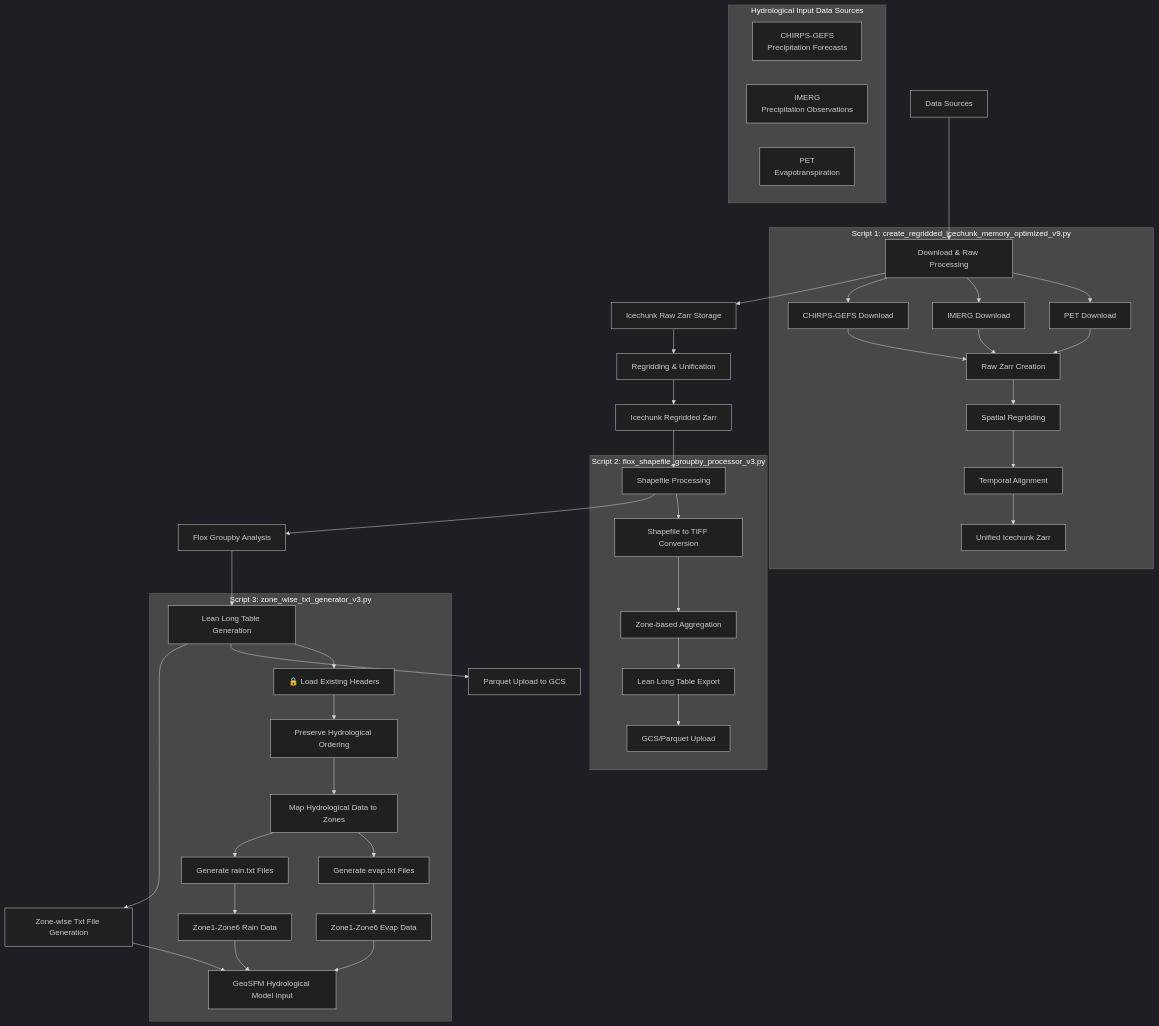
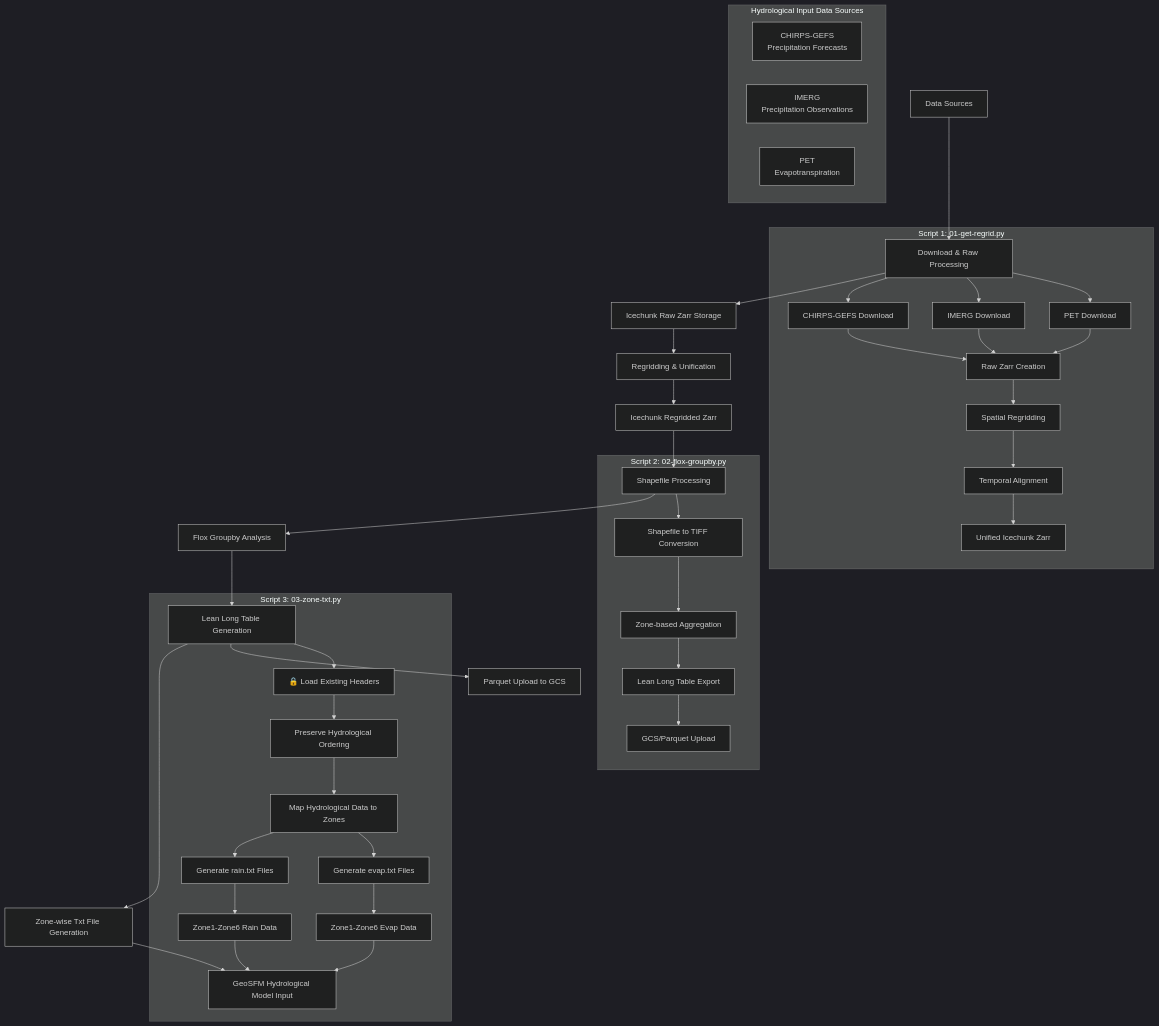
Before and after one commit to nishadhka/DevOps-hazard-modeling: the diagram in geosfm/docs/COMPLETE_GEOSFM_INPUT_WORKFLOW_DOCUMENTATION.md, drawn with Mermaid (dark theme). The commit also changed other lines of this file, not shown here.

````diff
--- a/geosfm/docs/COMPLETE_GEOSFM_INPUT_WORKFLOW_DOCUMENTATION.md
+++ b/geosfm/docs/COMPLETE_GEOSFM_INPUT_WORKFLOW_DOCUMENTATION.md
@@ -9,50 +9,50 @@
 ```mermaid
 flowchart TD
     A[Data Sources] --> B[Download & Raw Processing]
     B --> C[Icechunk Raw Zarr Storage] 
     C --> D[Regridding & Unification]
     D --> E[Icechunk Regridded Zarr]
     E --> F[Shapefile Processing]
     F --> G[Flox Groupby Analysis]
     G --> H[Lean Long Table Generation]
     H --> I[Zone-wise Txt File Generation]
     I --> J[GeoSFM Hydrological Model Input]
     H --> K[Parquet Upload to GCS]
     
     subgraph "Hydrological Input Data Sources"
         A1[CHIRPS-GEFS<br/>Precipitation Forecasts]
         A2[IMERG<br/>Precipitation Observations] 
         A3[PET<br/>Evapotranspiration]
     end
     
-    subgraph "Script 1: create_regridded_icechunk_memory_optimized_v9.py"
+    subgraph "Script 1: 01-get-regrid.py"
         B --> B1[CHIRPS-GEFS Download]
         B --> B2[IMERG Download]
         B --> B3[PET Download]
         B1 --> C1[Raw Zarr Creation]
         B2 --> C1
         B3 --> C1
         C1 --> D1[Spatial Regridding]
         D1 --> D2[Temporal Alignment]
         D2 --> E1[Unified Icechunk Zarr]
     end
     
-    subgraph "Script 2: flox_shapefile_groupby_processor_v3.py"
+    subgraph "Script 2: 02-flox-groupby.py"
         F --> F1[Shapefile to TIFF Conversion]
         F1 --> G1[Zone-based Aggregation]
         G1 --> H1[Lean Long Table Export]
         H1 --> K1[GCS/Parquet Upload]
     end
     
-    subgraph "Script 3: zone_wise_txt_generator_v3.py"
+    subgraph "Script 3: 03-zone-txt.py"
         H --> I1[🔒 Load Existing Headers]
         I1 --> I2[Preserve Hydrological Ordering]
         I2 --> I3[Map Hydrological Data to Zones]
         I3 --> I4[Generate rain.txt Files]
         I3 --> I5[Generate evap.txt Files]
         I4 --> J1[Zone1-Zone6 Rain Data]
         I5 --> J2[Zone1-Zone6 Evap Data]
         J1 --> J
         J2 --> J
     end
 ```
````
